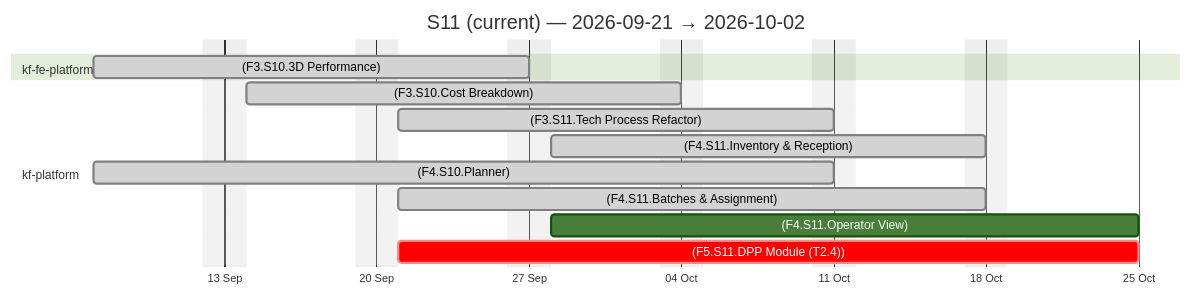
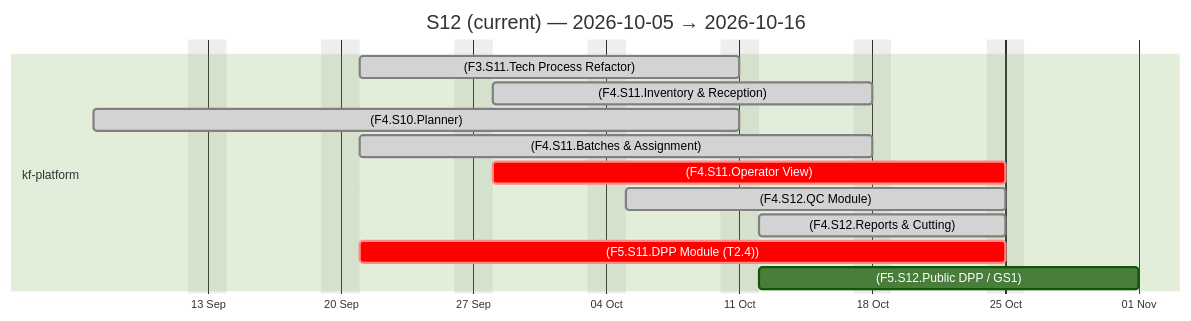
The third of 4 diagrams in docs/agile-sprints.md (Katty-Fashion/kf-cpto), drawn with Mermaid (forest theme) before and after one commit. The commit also changed other lines of this file and 16 other files, not shown here.

````diff
--- a/docs/agile-sprints.md
+++ b/docs/agile-sprints.md
@@ -72,18 +74,18 @@
 ```mermaid
 gantt
-    title S11 (current) — 2026-09-21 → 2026-10-02
+    title S12 (current) — 2026-10-05 → 2026-10-16
     dateFormat YYYY-MM-DD
     axisFormat %d %b
     excludes weekends
 
-    section kf-fe-platform
-    (F3.S10.3D Performance) :done, 2026-09-07, 2026-09-27
     section kf-platform
-    (F3.S10.Cost Breakdown) :done, 2026-09-14, 2026-10-04
     (F3.S11.Tech Process Refactor) :done, 2026-09-21, 2026-10-11
     (F4.S11.Inventory & Reception) :done, 2026-09-28, 2026-10-18
     (F4.S10.Planner) :done, 2026-09-07, 2026-10-11
     (F4.S11.Batches & Assignment) :done, 2026-09-21, 2026-10-18
-    (F4.S11.Operator View) :2026-09-28, 2026-10-25
+    (F4.S11.Operator View) :crit, 2026-09-28, 2026-10-25
+    (F4.S12.QC Module) :done, 2026-10-05, 2026-10-25
+    (F4.S12.Reports & Cutting) :done, 2026-10-12, 2026-10-25
     (F5.S11.DPP Module (T2.4)) :crit, 2026-09-21, 2026-10-25
+    (F5.S12.Public DPP / GS1) :2026-10-12, 2026-11-01
 ```
````
